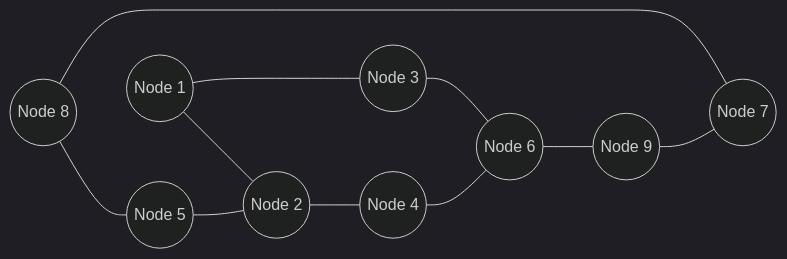
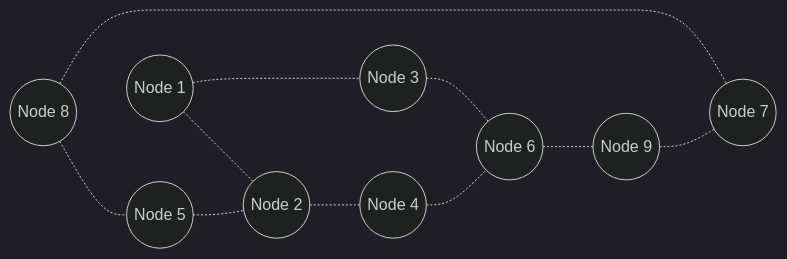
One commit to golemfactory/golem-architecture changed the fourth of 10 diagrams in arch-snapshot/arch.md. Above: the diagram before and after it, drawn with Mermaid (dark theme). The commit also changed other lines of this file, not shown here.

Commit message:
Attempt to fix flowchart arrows

````diff
--- a/arch-snapshot/arch.md
+++ b/arch-snapshot/arch.md
@@ -572,23 +572,23 @@
 ```mermaid
 flowchart LR
   Node1((Node 1))
   Node2((Node 2))
   Node3((Node 3))
   Node4((Node 4))
   Node5((Node 5))
   Node6((Node 6))
   Node7((Node 7))
   Node8((Node 8))
   Node9((Node 9))
   
-  Node1 --- Node2
-  Node1 --- Node3
-  Node2 --- Node4
-  Node3 --- Node6
-  Node4 --- Node6
-  Node5 --- Node2
-  Node6 --- Node9
-  Node8 --- Node7
-  Node8 --- Node5
-  Node9 --- Node7
+  Node1 -.- Node2
+  Node1 -.- Node3
+  Node2 -.- Node4
+  Node3 -.- Node6
+  Node4 -.- Node6
+  Node5 -.- Node2
+  Node6 -.- Node9
+  Node8 -.- Node7
+  Node8 -.- Node5
+  Node9 -.- Node7
 ```
````
